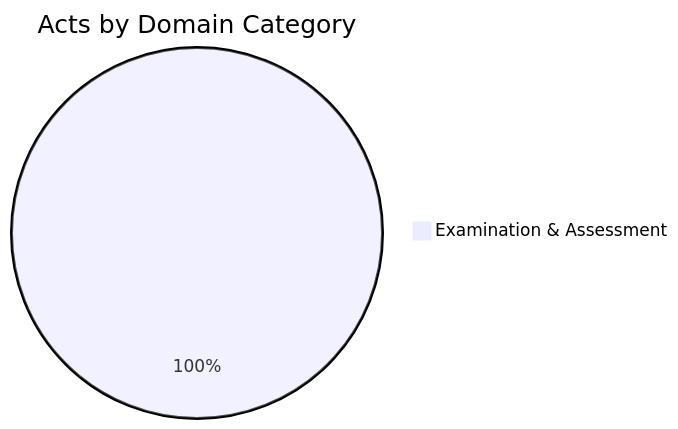
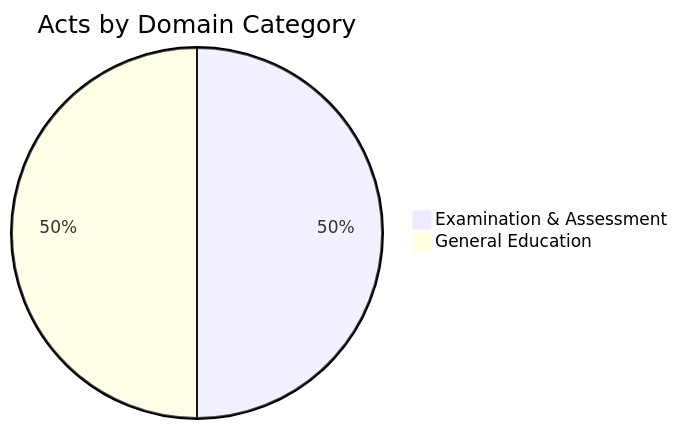
One commit to LDFLK/research changed the diagram in docs/docs/ministry-deep-dive/education/education-ministry.mdx. Above: the diagram before and after it, drawn with Mermaid. The commit also changed other lines of this file and 7 other files, not shown here.

````diff
--- a/docs/docs/ministry-deep-dive/education/education-ministry.mdx
+++ b/docs/docs/ministry-deep-dive/education/education-ministry.mdx
@@ -19,4 +19,5 @@
 ```mermaid
 pie title Acts by Domain Category
     "Examination & Assessment" : 1
+    "General Education" : 1
 ```
````
